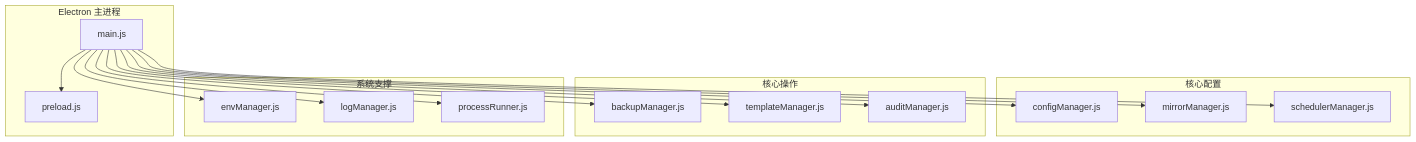
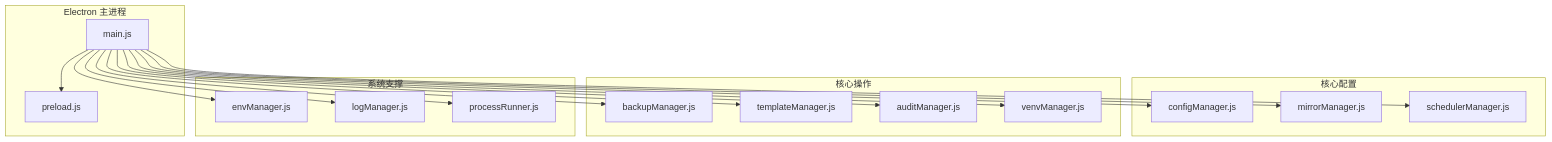
Before and after one commit to SoftheartedYYC/PyLibMaster: the first of 9 diagrams in docs/zh/content/业务功能/业务功能.md, drawn with Mermaid. The commit also changed other lines of this file and 72 other files, not shown here.

````diff
--- a/docs/zh/content/业务功能/业务功能.md
+++ b/docs/zh/content/业务功能/业务功能.md
@@ -37,32 +46,34 @@
 ```mermaid
 graph TB
 subgraph "Electron 主进程"
 M["main.js"]
 P["preload.js"]
 end
 subgraph "核心配置"
 CM["configManager.js"]
 MM["mirrorManager.js"]
 SM["schedulerManager.js"]
 end
 subgraph "核心操作"
 BM["backupManager.js"]
 TM["templateManager.js"]
 AM["auditManager.js"]
+VM["venvManager.js"]
 end
 subgraph "系统支撑"
 EM["envManager.js"]
 LM["logManager.js"]
 PR["processRunner.js"]
 end
 M --> P
 M --> CM
 M --> MM
 M --> SM
 M --> BM
 M --> TM
 M --> AM
+M --> VM
 M --> EM
 M --> LM
 M --> PR
 ```
````
